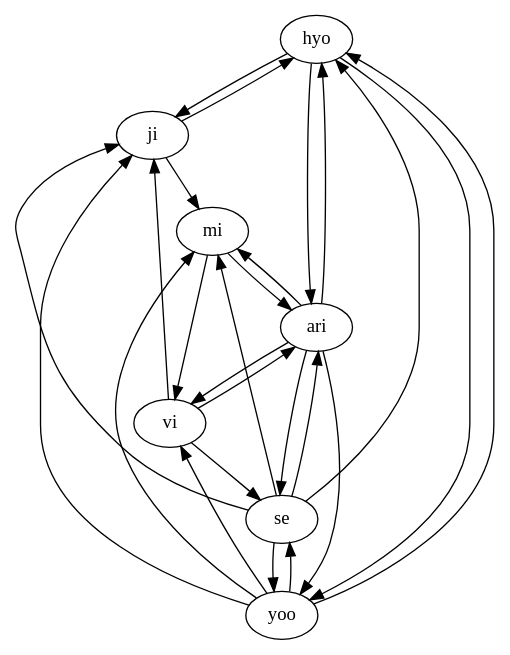
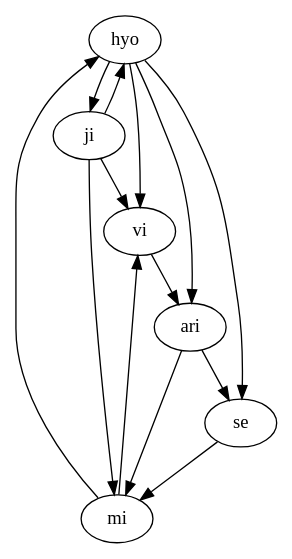
One commit to hannimpeha/WS changed the diagram in src/main/java/resource/awesome.dot. Above: the diagram before and after it, drawn with Graphviz. The commit also changed 14 other files, not shown here.

```diff
--- a/src/main/java/resource/awesome.dot
+++ b/src/main/java/resource/awesome.dot
@@ -1,27 +1,15 @@
 digraph {
 hyo->ji;
 ji->hyo;
-hyo->yoo;
-yoo->hyo;
-se->hyo;
+mi->hyo;
+hyo->vi;
+hyo->se;
 hyo->ari;
-ari->hyo;
-yoo->ji;
 ji->mi;
-vi->ji;
-se->ji;
-yoo->mi;
-yoo->vi;
-yoo->se;
-se->yoo;
-ari->yoo;
+ji->vi;
 mi->vi;
 se->mi;
-mi->ari;
 ari->mi;
-vi->se;
 vi->ari;
-ari->vi;
-se->ari;
 ari->se;
 }
```
